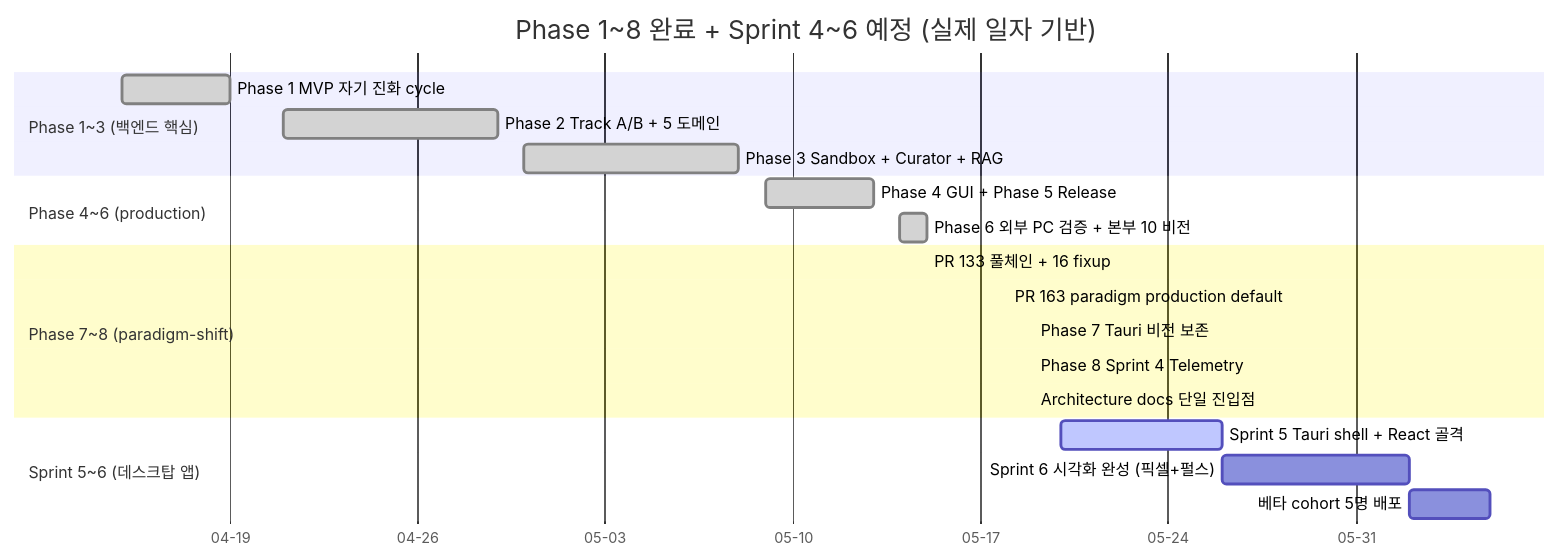
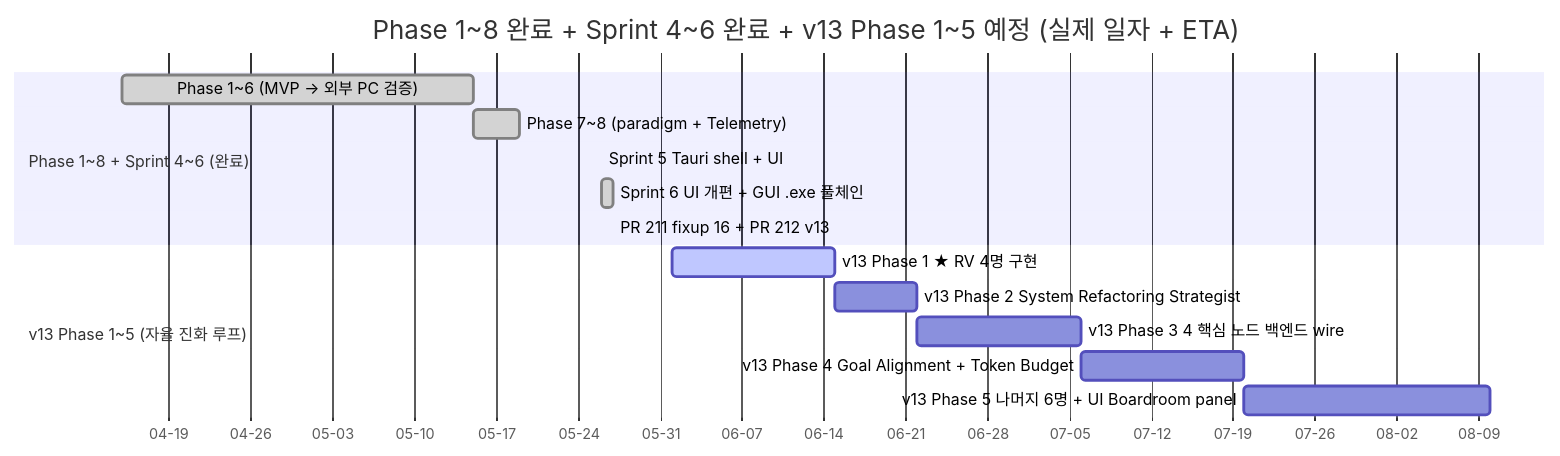
The second of 4 diagrams in docs/architecture/phase_progress.md (SongJongwon/nexus-alpha), drawn with Mermaid before and after one commit. The commit also changed other lines of this file and 4 other files, not shown here.

First line of the commit message:
📐 docs: v13 동기화 — 5 docs 일괄 갱신 (구성안 v8 신설 + agent_org_chart + phase_progress + system_architecture + WORK_STATUS) (#214)

````diff
--- a/docs/architecture/phase_progress.md
+++ b/docs/architecture/phase_progress.md
@@ -55,28 +55,21 @@
 ```mermaid
 gantt
-    title Phase 1~8 완료 + Sprint 4~6 예정 (실제 일자 기반)
+    title Phase 1~8 완료 + Sprint 4~6 완료 + v13 Phase 1~5 예정 (실제 일자 + ETA)
     dateFormat YYYY-MM-DD
     axisFormat %m-%d
     todayMarker stroke-width:3px,stroke:#ef4444
 
-    section Phase 1~3 (백엔드 핵심)
-    Phase 1 MVP 자기 진화 cycle      :done,    p1, 2026-04-15, 2026-04-19
-    Phase 2 Track A/B + 5 도메인     :done,    p2, 2026-04-21, 2026-04-29
-    Phase 3 Sandbox + Curator + RAG  :done,    p3, 2026-04-30, 2026-05-08
+    section Phase 1~8 + Sprint 4~6 (완료)
+    Phase 1~6 (MVP → 외부 PC 검증)  :done, p16, 2026-04-15, 2026-05-15
+    Phase 7~8 (paradigm + Telemetry) :done, p78, 2026-05-15, 2026-05-19
+    Sprint 5 Tauri shell + UI        :done, s5,  2026-05-26, 2026-05-26
+    Sprint 6 UI 개편 + GUI .exe 풀체인 :done, s6,  2026-05-26, 2026-05-27
+    PR 211 fixup 16 + PR 212 v13     :done, vc,  2026-05-27, 2026-05-27
 
-    section Phase 4~6 (production)
-    Phase 4 GUI + Phase 5 Release    :done,    p4, 2026-05-09, 2026-05-13
-    Phase 6 외부 PC 검증 + 본부 10 비전:done,  p6, 2026-05-14, 2026-05-15
-
-    section Phase 7~8 (paradigm-shift)
-    PR 133 풀체인 + 16 fixup         :done,    p133, 2026-05-15, 2026-05-15
-    PR 163 paradigm production default :done,  p163, 2026-05-18, 2026-05-18
-    Phase 7 Tauri 비전 보존          :done,    p7,   2026-05-19, 2026-05-19
-    Phase 8 Sprint 4 Telemetry       :done,    p8,   2026-05-19, 2026-05-19
-    Architecture docs 단일 진입점    :done,    pdoc, 2026-05-19, 2026-05-19
-
-    section Sprint 5~6 (데스크탑 앱)
-    Sprint 5 Tauri shell + React 골격 :active, s5,   2026-05-20, 2026-05-26
-    Sprint 6 시각화 완성 (픽셀+펄스)  :         s6,   2026-05-26, 2026-06-02
-    베타 cohort 5명 배포              :         beta, 2026-06-02, 2026-06-05
+    section v13 Phase 1~5 (자율 진화 루프)
+    v13 Phase 1 ★ RV 4명 구현             :active, v1, 2026-06-01, 2026-06-15
+    v13 Phase 2 System Refactoring Strategist :     v2, 2026-06-15, 2026-06-22
+    v13 Phase 3 4 핵심 노드 백엔드 wire   :     v3, 2026-06-22, 2026-07-06
+    v13 Phase 4 Goal Alignment + Token Budget :     v4, 2026-07-06, 2026-07-20
+    v13 Phase 5 나머지 6명 + UI Boardroom panel : v5, 2026-07-20, 2026-08-10
 ```
````
